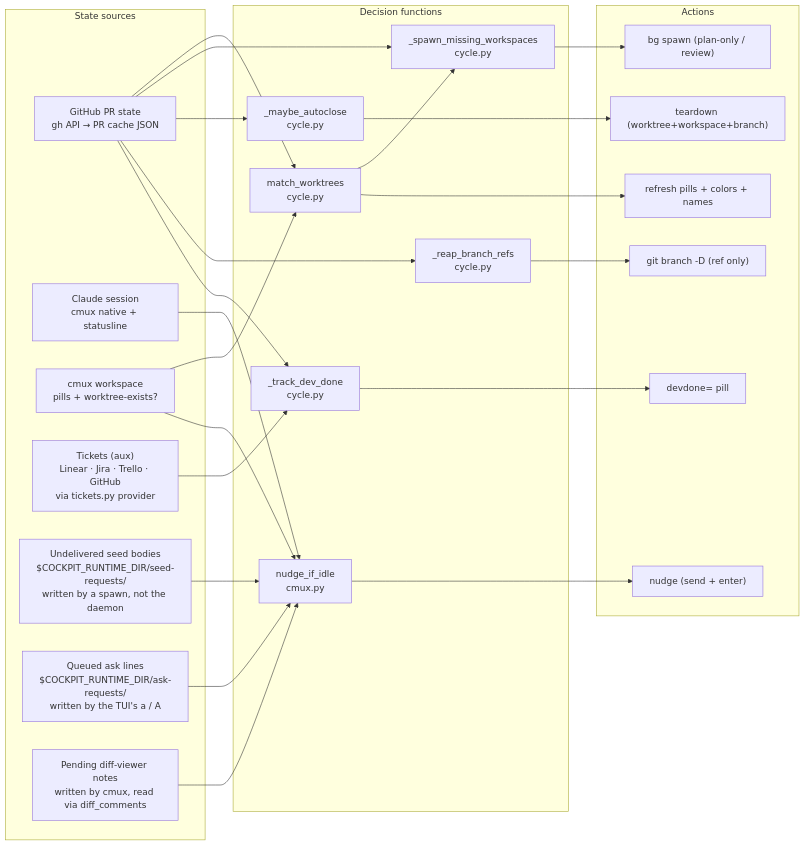
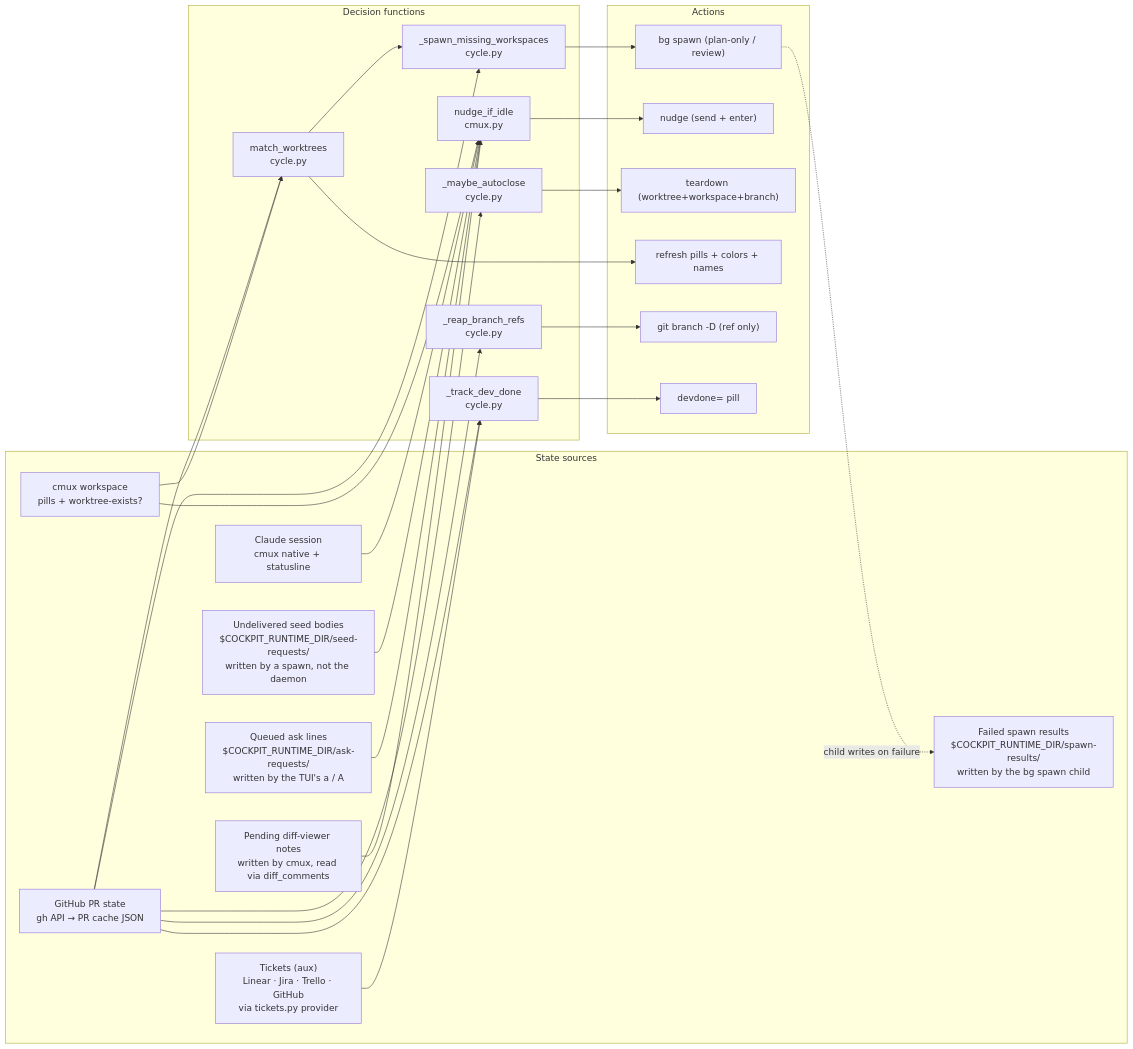
Before and after one commit to khivi/cockpit: the first of 5 diagrams in docs/state-machine.md, drawn with Mermaid. The commit also changed other lines of this file and 20 other files, not shown here.

````diff
--- a/docs/state-machine.md
+++ b/docs/state-machine.md
@@ -58,47 +58,49 @@
 ```mermaid
 flowchart LR
   subgraph SRC["State sources"]
     GH["GitHub PR state<br/>gh API → PR cache JSON"]
     CL["Claude session<br/>cmux native + statusline"]
     CM["cmux workspace<br/>pills + worktree-exists?"]
     LIN["Tickets (aux)<br/>Linear · Jira · Trello · GitHub<br/>via tickets.py provider"]
     SQ["Undelivered seed bodies<br/>$COCKPIT_RUNTIME_DIR/seed-requests/<br/>written by a spawn, not the daemon"]
     AQ["Queued ask lines<br/>$COCKPIT_RUNTIME_DIR/ask-requests/<br/>written by the TUI's a / A"]
+    SF["Failed spawn results<br/>$COCKPIT_RUNTIME_DIR/spawn-results/<br/>written by the bg spawn child"]
     DC["Pending diff-viewer notes<br/>written by cmux, read via diff_comments"]
   end
 
   subgraph DEC["Decision functions"]
     MW["match_worktrees<br/>cycle.py"]
     SM["_spawn_missing_workspaces<br/>cycle.py"]
     NI["nudge_if_idle<br/>cmux.py"]
     DD["_track_dev_done<br/>cycle.py"]
     AC["_maybe_autoclose<br/>cycle.py"]
     BR["_reap_branch_refs<br/>cycle.py"]
   end
 
   subgraph ACT["Actions"]
     A1["bg spawn (plan-only / review)"]
     A2["nudge (send + enter)"]
     A4["teardown (worktree+workspace+branch)"]
     A5["refresh pills + colors + names"]
     A6["git branch -D (ref only)"]
     A7["devdone= pill"]
   end
 
   GH --> MW & SM & AC & BR
   GH --> DD
   CM --> MW & NI
   CL --> NI
   SQ --> NI
   AQ --> NI
   DC --> NI
+  A1 -.->|child writes on failure| SF
   LIN --> DD
 
   MW --> SM
   SM --> A1
   NI --> A2
   AC --> A4
   MW --> A5
   BR --> A6
   DD --> A7
 ```
````
